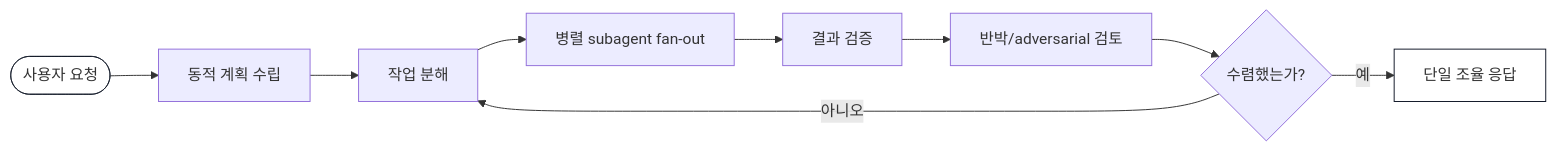
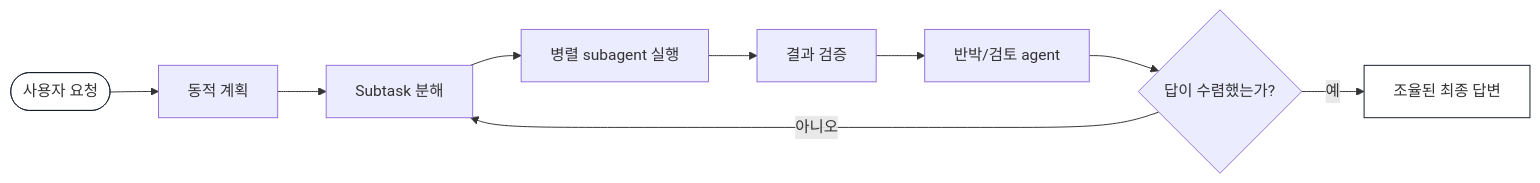
Before and after one commit to currenjin/currenjin.github.io: the ninth of 10 diagrams in _wiki/claude-code.md, drawn with Mermaid. The commit also changed other lines of this file, not shown here.

````diff
--- a/_wiki/claude-code.md
+++ b/_wiki/claude-code.md
@@ -485,14 +492,14 @@
 ```mermaid
 flowchart LR
-    A([사용자 요청]) --> B[동적 계획 수립]
-    B --> C[작업 분해]
-    C --> D[병렬 subagent fan-out]
+    A([사용자 요청]) --> B[동적 계획]
+    B --> C[Subtask 분해]
+    C --> D[병렬 subagent 실행]
     D --> E[결과 검증]
-    E --> F[반박/adversarial 검토]
-    F --> G{수렴했는가?}
+    E --> F[반박/검토 agent]
+    F --> G{답이 수렴했는가?}
     G -->|아니오| C
-    G -->|예| H[단일 조율 응답]
+    G -->|예| H[조율된 최종 답변]
 
     style A fill:transparent,stroke:#111827
     style H fill:transparent,stroke:#111827
 ```
````
